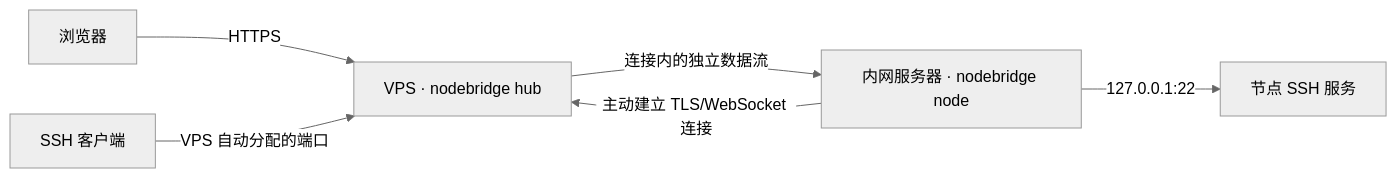
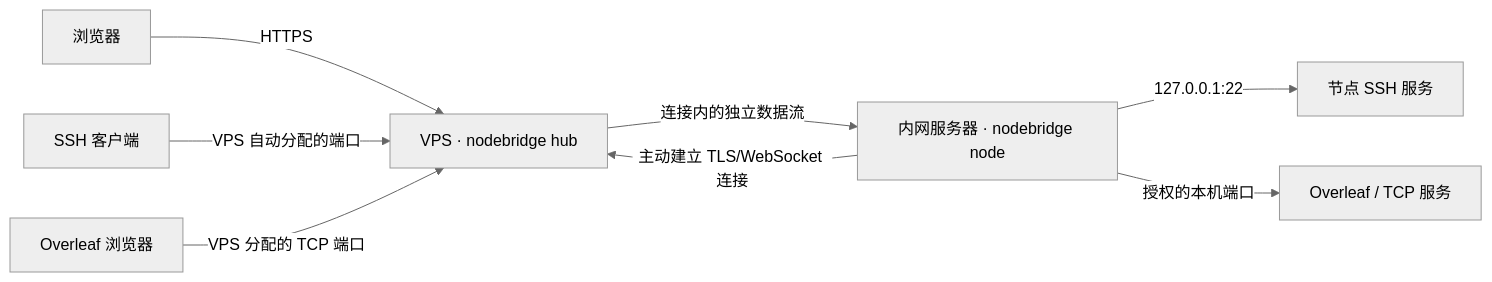
One commit to johnfan12/NodeBridge changed the diagram in README.md. Above: the diagram before and after it, drawn with Mermaid (neutral theme). The commit also changed other lines of this file and 20 other files, not shown here.

Commit message:
Add administrator proxy management for Overleaf and authorized TCP services

````diff
--- a/README.md
+++ b/README.md
@@ -11,8 +11,10 @@
 ```mermaid
 flowchart LR
     browser[浏览器] -->|HTTPS| hub[VPS · nodebridge hub]
     node[内网服务器 · nodebridge node] -->|主动建立 TLS/WebSocket 连接| hub
     ssh[SSH 客户端] -->|VPS 自动分配的端口| hub
     hub -->|连接内的独立数据流| node
     node -->|127.0.0.1:22| sshd[节点 SSH 服务]
+    web[Overleaf 浏览器] -->|VPS 分配的 TCP 端口| hub
+    node -->|授权的本机端口| overleaf[Overleaf / TCP 服务]
 ```
````
